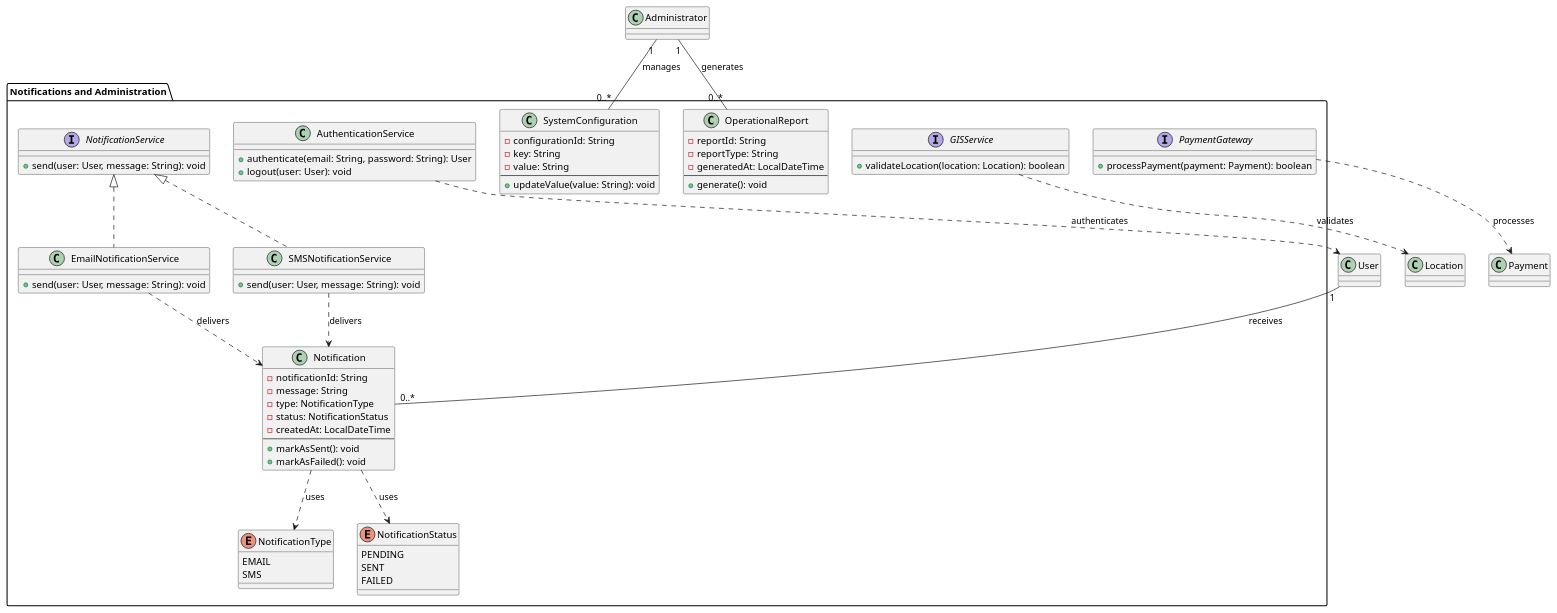
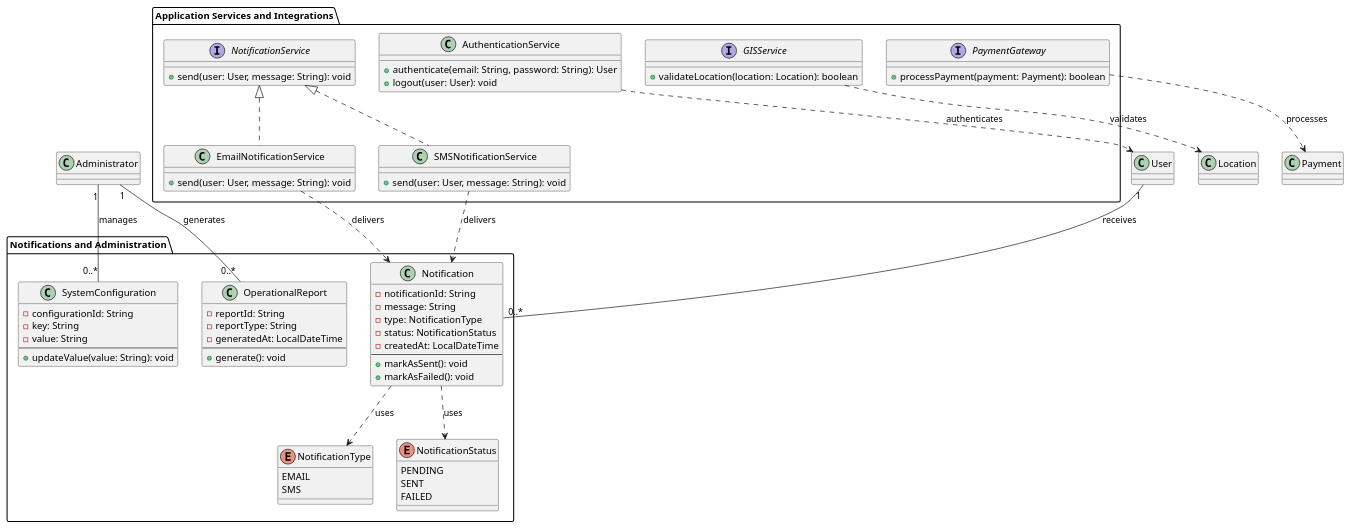
The diagram in docs/uml/modules/notification-admin.puml (gg-sajanbasnet/ICT602-MEL_S2_2026-1), drawn with PlantUML before and after one commit. The commit also changed 3 other files, not shown here.

Commit message:
docs(uml): separate domain classes from integration services

```diff
--- a/docs/uml/modules/notification-admin.puml
+++ b/docs/uml/modules/notification-admin.puml
@@ -1,93 +1,105 @@
 
 ' =========================================
-' NOTIFICATIONS AND ADMINISTRATION MODULE
+' NOTIFICATIONS AND ADMINISTRATION
 ' =========================================
 
 package "Notifications and Administration" {
 
   class Notification {
     - notificationId: String
     - message: String
     - type: NotificationType
     - status: NotificationStatus
     - createdAt: LocalDateTime
     --
     + markAsSent(): void
     + markAsFailed(): void
   }
 
   enum NotificationType {
     EMAIL
     SMS
   }
 
   enum NotificationStatus {
     PENDING
     SENT
     FAILED
   }
 
+  class SystemConfiguration {
+    - configurationId: String
+    - key: String
+    - value: String
+    --
+    + updateValue(value: String): void
+  }
+
+  class OperationalReport {
+    - reportId: String
+    - reportType: String
+    - generatedAt: LocalDateTime
+    --
+    + generate(): void
+  }
+}
+
+' =========================================
+' APPLICATION SERVICES AND INTEGRATIONS
+' =========================================
+
+package "Application Services and Integrations" {
+
   interface NotificationService {
     + send(user: User, message: String): void
   }
 
   class EmailNotificationService {
     + send(user: User, message: String): void
   }
 
   class SMSNotificationService {
     + send(user: User, message: String): void
   }
 
   class AuthenticationService {
     + authenticate(email: String, password: String): User
     + logout(user: User): void
   }
 
-  class SystemConfiguration {
-    - configurationId: String
-    - key: String
-    - value: String
-    --
-    + updateValue(value: String): void
-  }
-
-  class OperationalReport {
-    - reportId: String
-    - reportType: String
-    - generatedAt: LocalDateTime
-    --
-    + generate(): void
-  }
-
   interface GISService {
     + validateLocation(location: Location): boolean
   }
 
   interface PaymentGateway {
     + processPayment(payment: Payment): boolean
   }
 }
 
 ' =========================================
 ' RELATIONSHIPS
 ' =========================================
 
+' User notifications
 User "1" -- "0..*" Notification : receives
 
 Notification ..> NotificationType : uses
 Notification ..> NotificationStatus : uses
 
+' Notification implementations
 NotificationService <|.. EmailNotificationService
 NotificationService <|.. SMSNotificationService
 
 EmailNotificationService ..> Notification : delivers
 SMSNotificationService ..> Notification : delivers
 
+' Authentication
 AuthenticationService ..> User : authenticates
 
+' Administration
 Administrator "1" -- "0..*" SystemConfiguration : manages
 Administrator "1" -- "0..*" OperationalReport : generates
 
+' External integrations
 GISService ..> Location : validates
 PaymentGateway ..> Payment : processes
```
